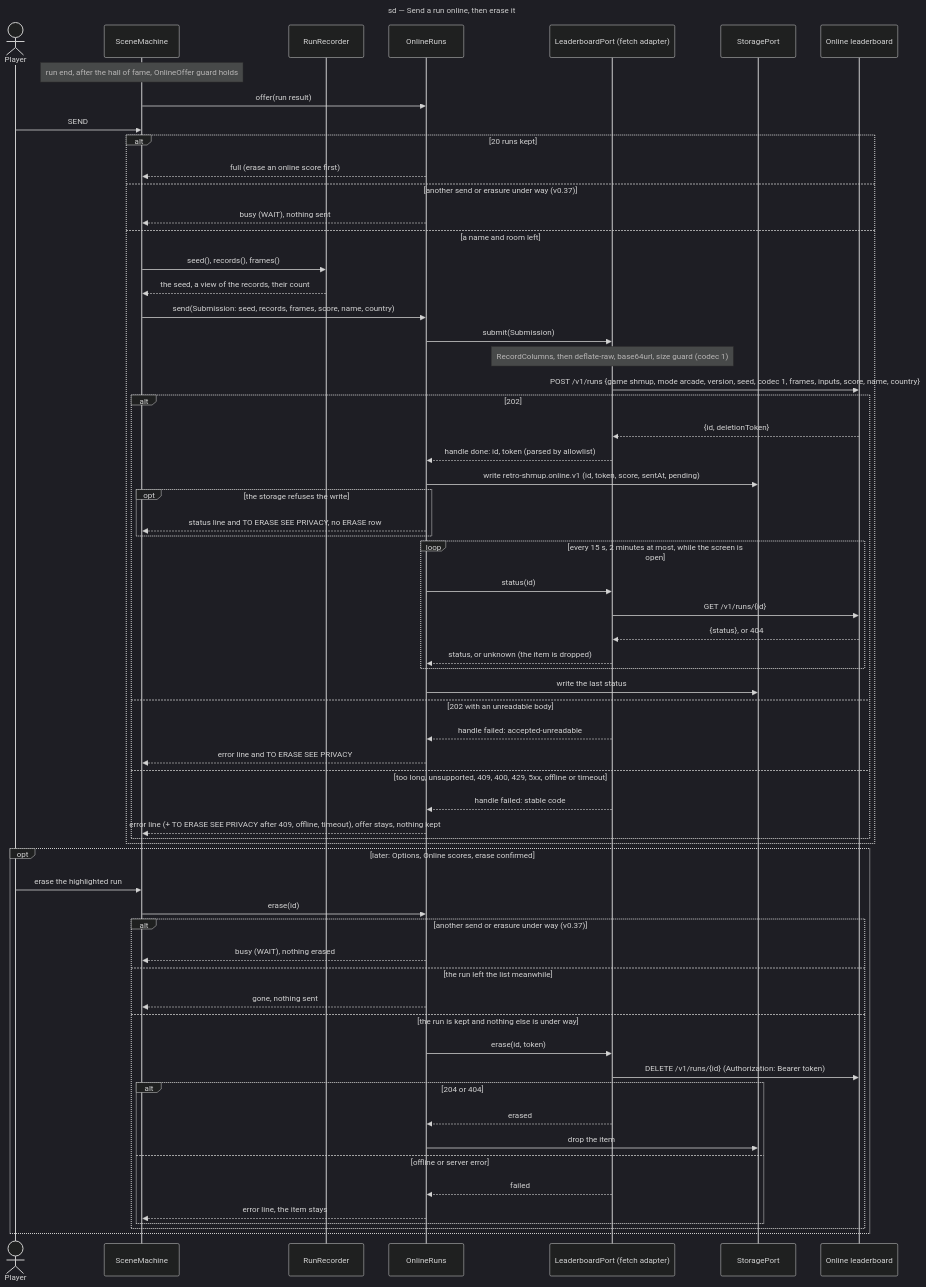
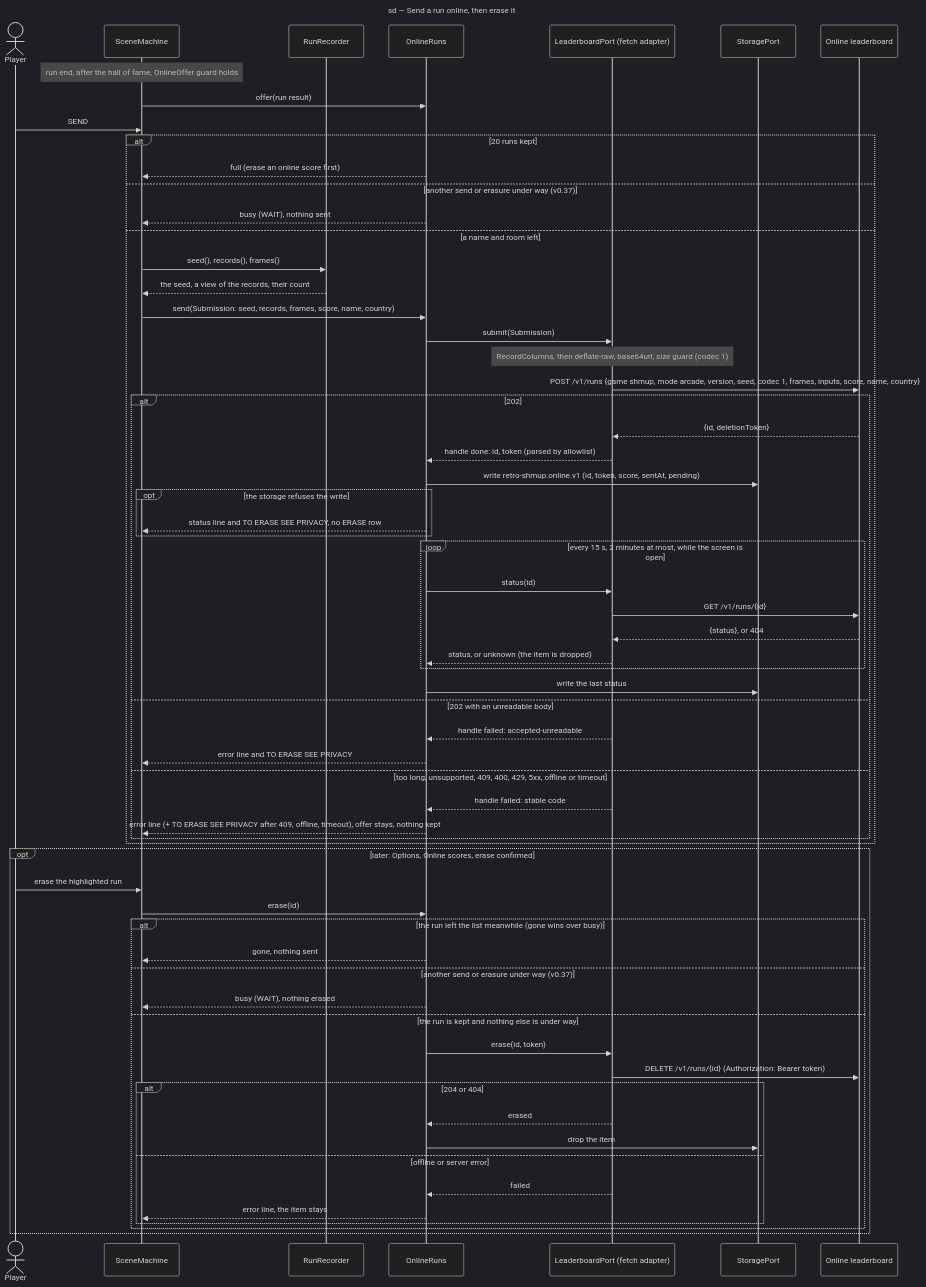
The diagram in docs/architecture/diagrams/meta/02-sequence-send-online.md (benoit-bremaud/retro-shmup), drawn with Mermaid (dark theme) before and after one commit. The commit also changed 1 other file, not shown here.

Commit message:
docs(uml): let a gone run win over busy in the erase guards (#177)

````diff
--- a/docs/architecture/diagrams/meta/02-sequence-send-online.md
+++ b/docs/architecture/diagrams/meta/02-sequence-send-online.md
@@ -19,68 +19,68 @@
 ```mermaid
 sequenceDiagram
   title sd — Send a run online, then erase it
   actor Player
   participant Scenes as SceneMachine
   participant Rec as RunRecorder
   participant Online as OnlineRuns
   participant Port as LeaderboardPort (fetch adapter)
   participant Store as StoragePort
   participant LB as Online leaderboard
 
   Note over Scenes: run end, after the hall of fame, OnlineOffer guard holds
   Scenes->>Online: offer(run result)
   Player->>Scenes: SEND
   alt 20 runs kept
     Online-->>Scenes: full (erase an online score first)
   else another send or erasure under way (v0.37)
     Online-->>Scenes: busy (WAIT), nothing sent
   else a name and room left
     Scenes->>Rec: seed(), records(), frames()
     Rec-->>Scenes: the seed, a view of the records, their count
     Scenes->>Online: send(Submission: seed, records, frames, score, name, country)
     Online->>Port: submit(Submission)
     Note over Port: RecordColumns, then deflate-raw, base64url, size guard (codec 1)
     Port->>LB: POST /v1/runs {game shmup, mode arcade, version, seed, codec 1, frames, inputs, score, name, country}
     alt 202
       LB-->>Port: {id, deletionToken}
       Port-->>Online: handle done: id, token (parsed by allowlist)
       Online->>Store: write retro-shmup.online.v1 (id, token, score, sentAt, pending)
       opt the storage refuses the write
         Online-->>Scenes: status line and TO ERASE SEE PRIVACY, no ERASE row
       end
       loop every 15 s, 2 minutes at most, while the screen is open
         Online->>Port: status(id)
         Port->>LB: GET /v1/runs/{id}
         LB-->>Port: {status}, or 404
         Port-->>Online: status, or unknown (the item is dropped)
       end
       Online->>Store: write the last status
     else 202 with an unreadable body
       Port-->>Online: handle failed: accepted-unreadable
       Online-->>Scenes: error line and TO ERASE SEE PRIVACY
     else too long, unsupported, 409, 400, 429, 5xx, offline or timeout
       Port-->>Online: handle failed: stable code
       Online-->>Scenes: error line (+ TO ERASE SEE PRIVACY after 409, offline, timeout), offer stays, nothing kept
     end
   end
 
   opt later: Options, Online scores, erase confirmed
     Player->>Scenes: erase the highlighted run
     Scenes->>Online: erase(id)
-    alt another send or erasure under way (v0.37)
+    alt the run left the list meanwhile (gone wins over busy)
+      Online-->>Scenes: gone, nothing sent
+    else another send or erasure under way (v0.37)
       Online-->>Scenes: busy (WAIT), nothing erased
-    else the run left the list meanwhile
-      Online-->>Scenes: gone, nothing sent
     else the run is kept and nothing else is under way
       Online->>Port: erase(id, token)
       Port->>LB: DELETE /v1/runs/{id} (Authorization: Bearer token)
       alt 204 or 404
         Port-->>Online: erased
         Online->>Store: drop the item
       else offline or server error
         Port-->>Online: failed
         Online-->>Scenes: error line, the item stays
       end
     end
   end
 ```
````
